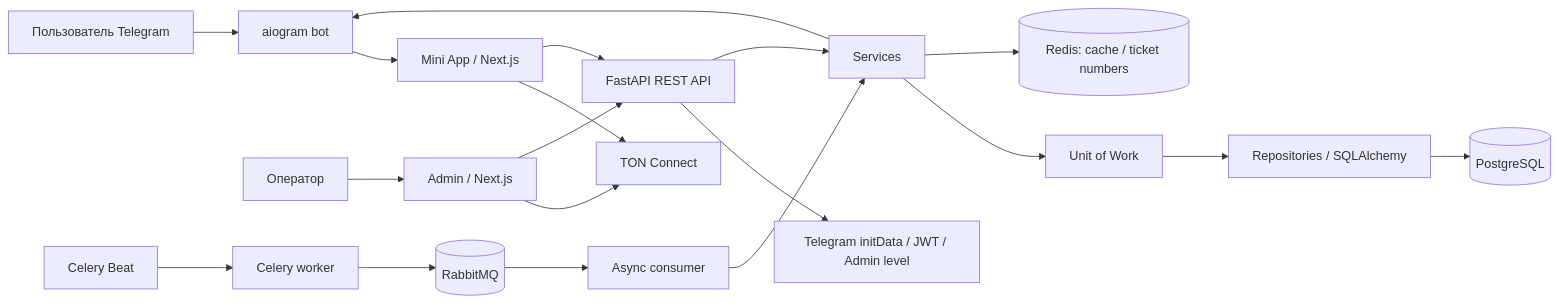
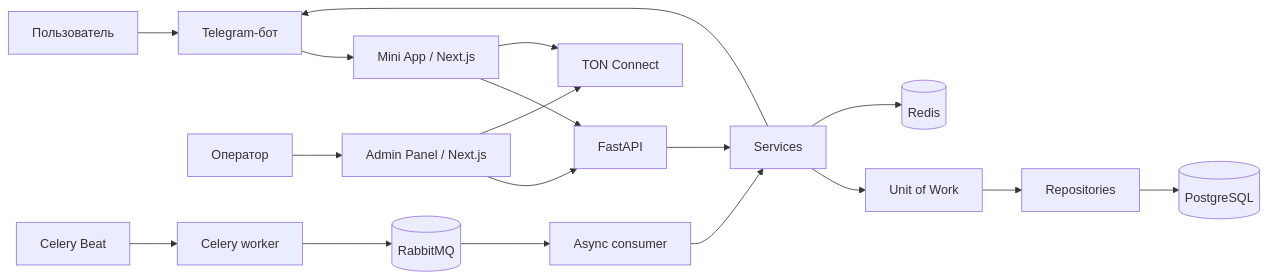
The diagram in README.md (noisell/kaifu), drawn with Mermaid before and after one commit. The commit also changed other lines of this file and 5 other files, not shown here.

````diff
--- a/README.md
+++ b/README.md
@@ -90,21 +45,20 @@
 ```mermaid
 flowchart LR
-    USER[Пользователь Telegram] --> BOT[aiogram bot]
+    USER[Пользователь] --> BOT[Telegram-бот]
     BOT --> MINI[Mini App / Next.js]
-    OP[Оператор] --> ADMIN[Admin / Next.js]
+    OP[Оператор] --> ADMIN[Admin Panel / Next.js]
+    MINI --> API[FastAPI]
+    ADMIN --> API
     MINI --> TON[TON Connect]
     ADMIN --> TON
-    MINI --> API[FastAPI REST API]
-    ADMIN --> API
-    API --> AUTH[Telegram initData / JWT / Admin level]
     API --> SERVICES[Services]
     SERVICES --> UOW[Unit of Work]
-    UOW --> REPO[Repositories / SQLAlchemy]
-    REPO --> PG[(PostgreSQL)]
-    SERVICES --> REDIS[(Redis: cache / ticket numbers)]
+    UOW --> REPO[Repositories]
+    REPO --> DB[(PostgreSQL)]
+    SERVICES --> REDIS[(Redis)]
     BEAT[Celery Beat] --> WORKER[Celery worker]
     WORKER --> MQ[(RabbitMQ)]
     MQ --> CONSUMER[Async consumer]
     CONSUMER --> SERVICES
     SERVICES --> BOT
 ```
````
